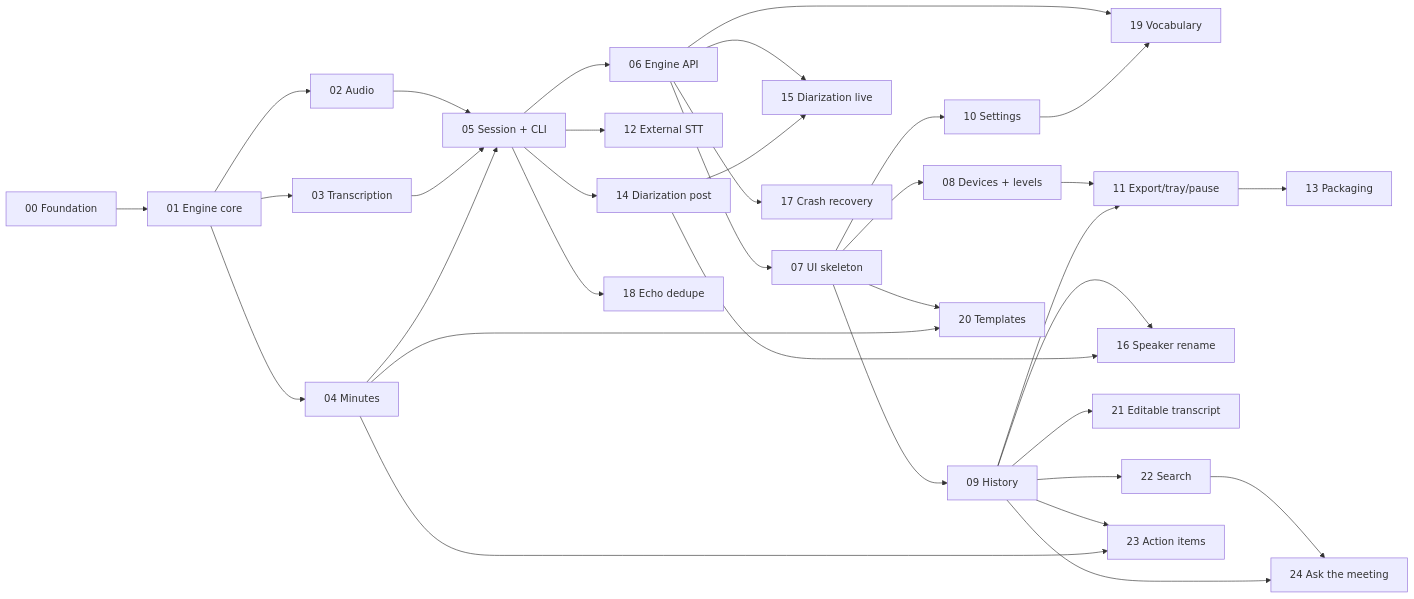
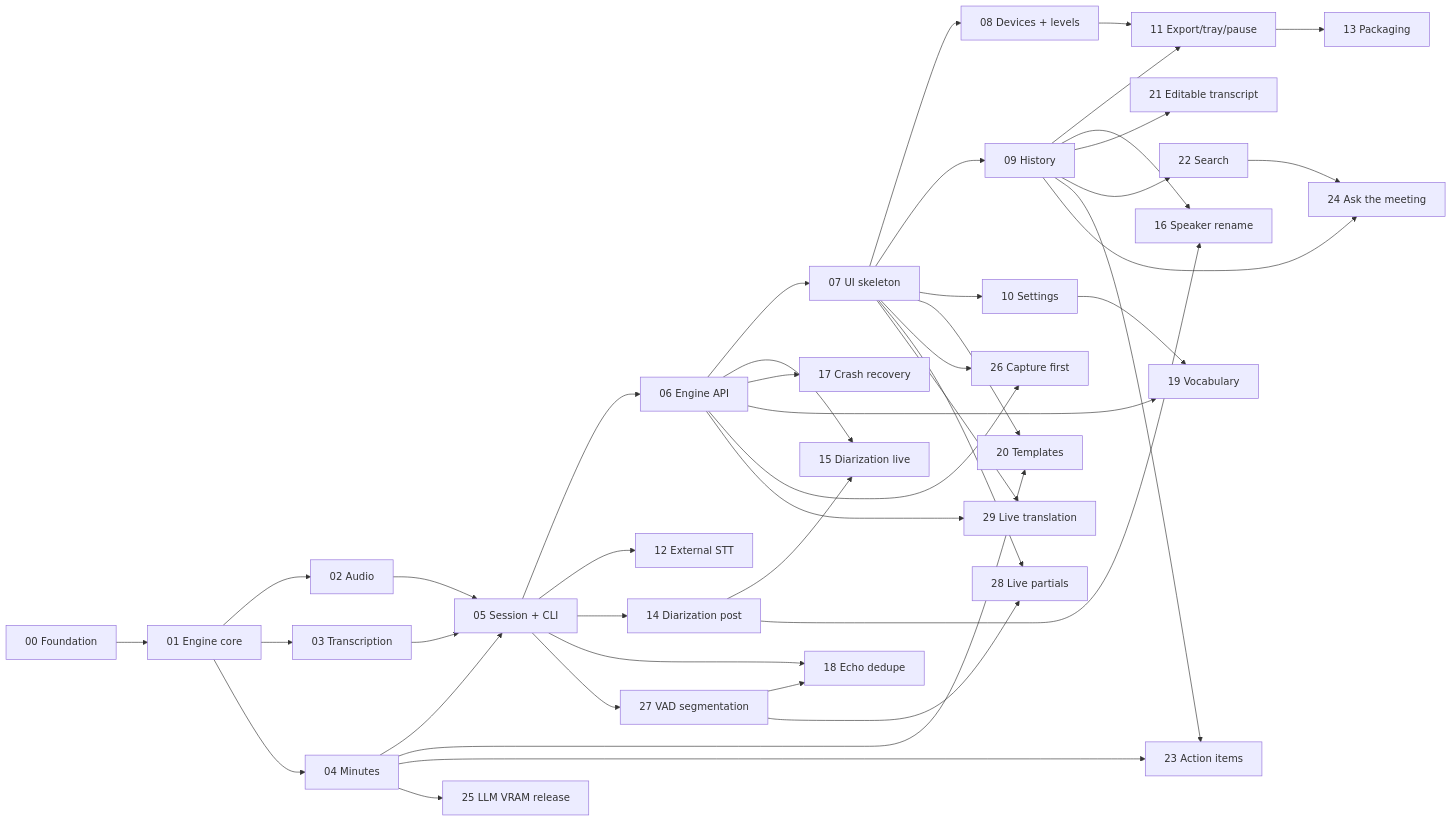
The diagram in docs/roadmap/README.md (laquilas/VozAta), drawn with Mermaid before and after one commit. The commit also changed other lines of this file and 10 other files, not shown here.

Commit message:
docs(roadmap): schedule the optimizations as phases 25-29

````diff
--- a/docs/roadmap/README.md
+++ b/docs/roadmap/README.md
@@ -89,36 +96,45 @@
 ```mermaid
 graph LR
   P00[00 Foundation] --> P01[01 Engine core]
   P01 --> P02[02 Audio]
   P01 --> P03[03 Transcription]
   P01 --> P04[04 Minutes]
   P02 --> P05[05 Session + CLI]
   P03 --> P05
   P04 --> P05
   P05 --> P06[06 Engine API]
   P05 --> P12[12 External STT]
   P05 --> P14[14 Diarization post]
   P05 --> P18[18 Echo dedupe]
+  P27 --> P18
   P06 --> P07[07 UI skeleton]
   P06 --> P15[15 Diarization live]
   P06 --> P17[17 Crash recovery]
   P06 --> P19[19 Vocabulary]
   P14 --> P15
   P07 --> P08[08 Devices + levels]
   P07 --> P09[09 History]
   P07 --> P10[10 Settings]
   P07 --> P20[20 Templates]
   P04 --> P20
   P10 --> P19
   P08 --> P11[11 Export/tray/pause]
   P09 --> P11
   P11 --> P13[13 Packaging]
   P09 --> P16[16 Speaker rename]
   P14 --> P16
   P09 --> P21[21 Editable transcript]
   P09 --> P22[22 Search]
   P09 --> P23[23 Action items]
   P04 --> P23
   P22 --> P24[24 Ask the meeting]
   P09 --> P24
+  P04 --> P25[25 LLM VRAM release]
+  P06 --> P26[26 Capture first]
+  P07 --> P26
+  P05 --> P27[27 VAD segmentation]
+  P27 --> P28[28 Live partials]
+  P07 --> P28
+  P06 --> P29[29 Live translation]
+  P07 --> P29
 ```
````
